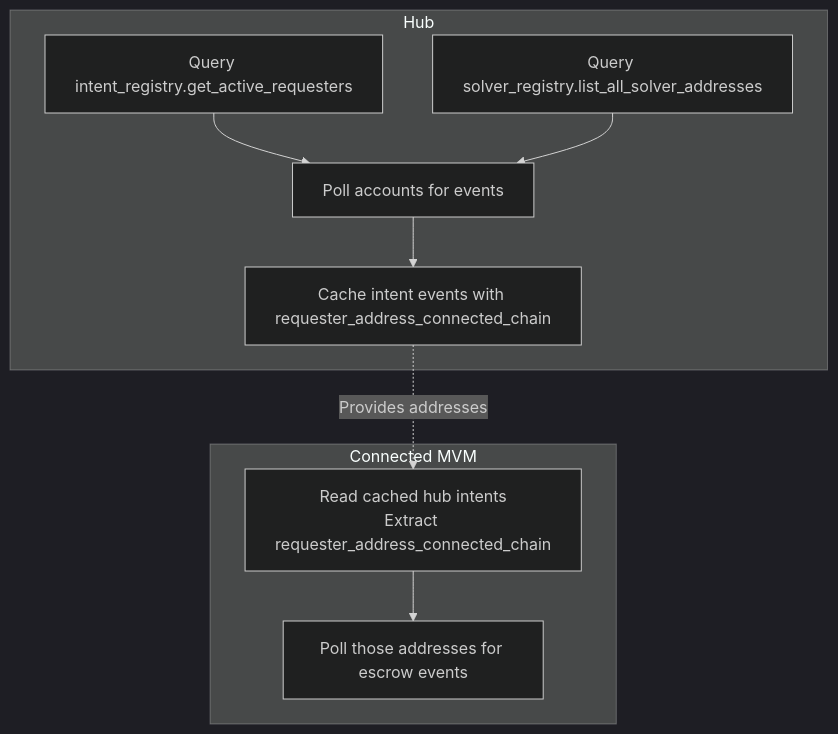
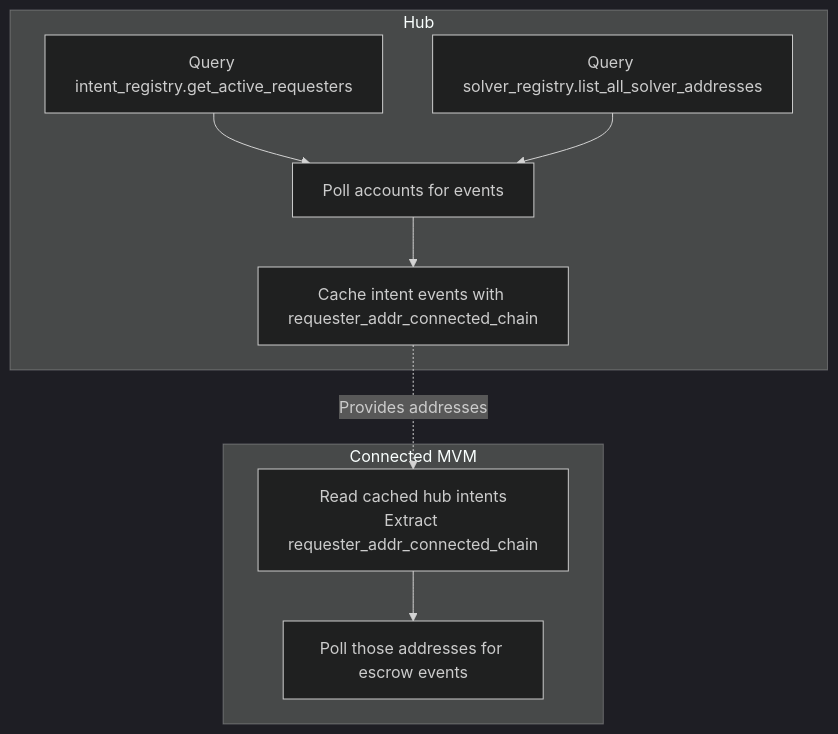
One commit to MoveIndustries/int3nts changed the first of 2 diagrams in docs/trusted-verifier/guide.md. Above: the diagram before and after it, drawn with Mermaid (dark theme). The commit also changed other lines of this file and 110 other files, not shown here.

````diff
--- a/docs/trusted-verifier/guide.md
+++ b/docs/trusted-verifier/guide.md
@@ -40,20 +40,20 @@
 ```mermaid
 flowchart TD
     subgraph Hub["Hub"]
         H1[Query intent_registry.get_active_requesters]
         H2[Query solver_registry.list_all_solver_addresses]
         H3[Poll accounts for events]
-        H4[Cache intent events with requester_address_connected_chain]
+        H4[Cache intent events with requester_addr_connected_chain]
         H1 --> H3
         H2 --> H3
         H3 --> H4
     end
     
     subgraph ConnectedMVM["Connected MVM"]
-        M1[Read cached hub intents<br/>Extract requester_address_connected_chain]
+        M1[Read cached hub intents<br/>Extract requester_addr_connected_chain]
         M2[Poll those addresses for escrow events]
         M1 --> M2
     end
     
     H4 -.->|Provides addresses| M1
 ```
````
